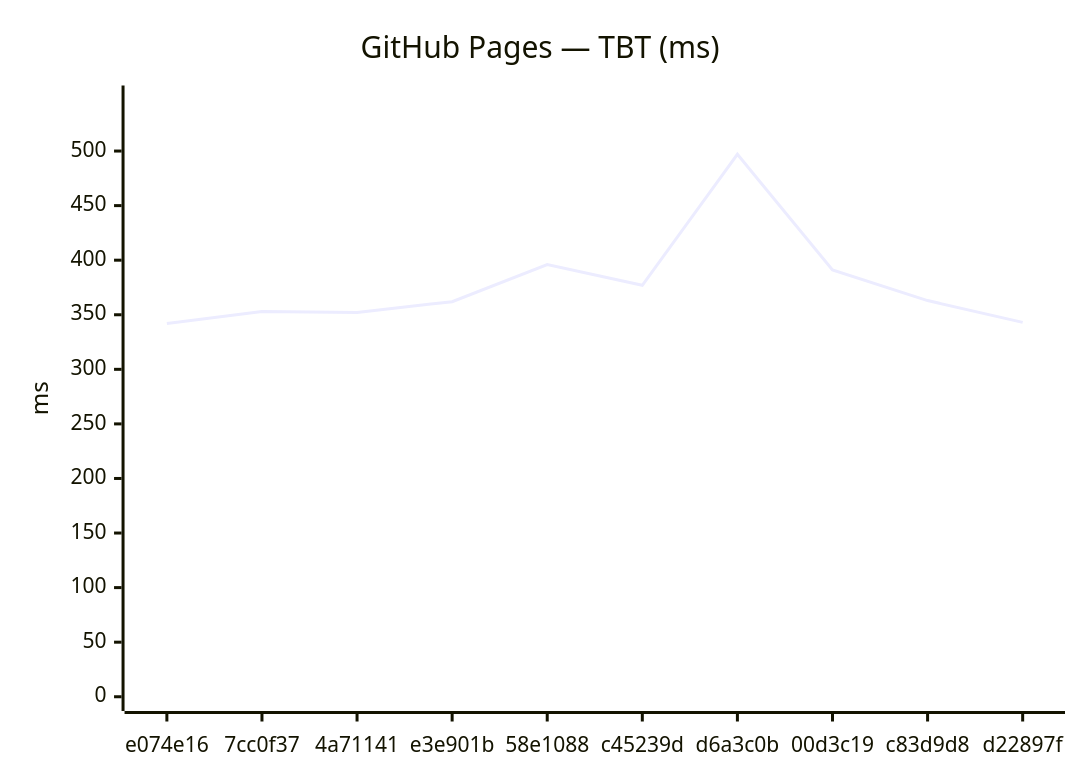
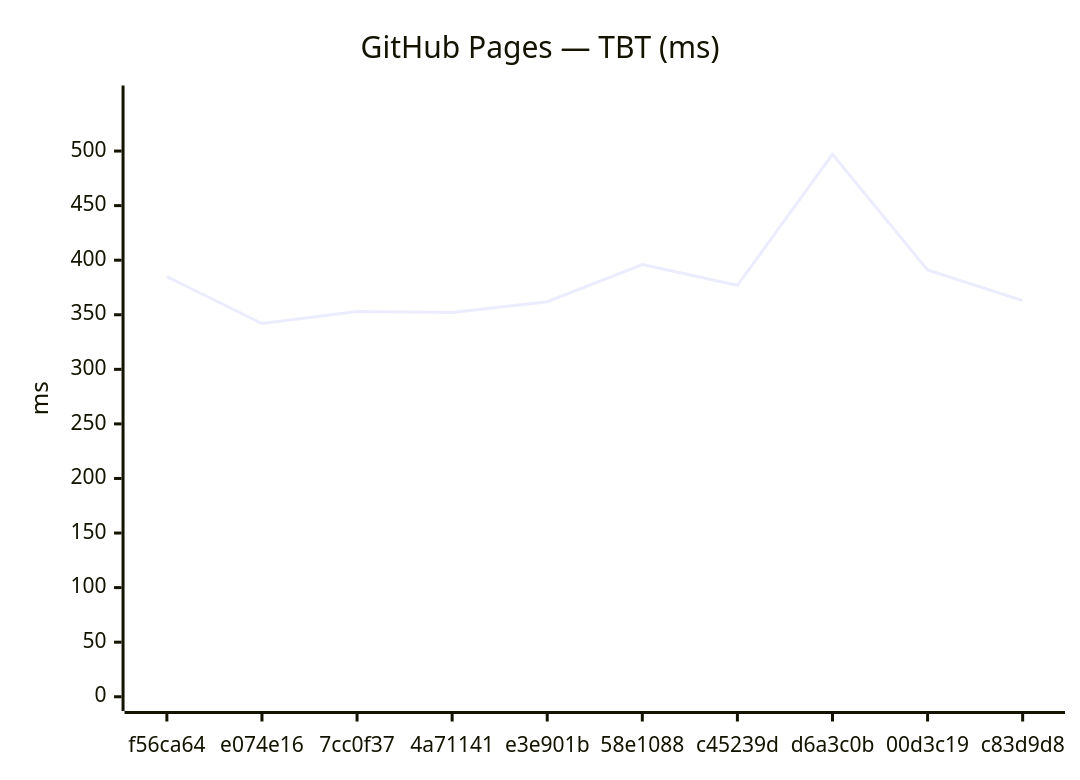
The fourth of 18 diagrams in benchmarks/compare.md (Metaheurist/Rianell), drawn with Mermaid before and after one commit. The commit also changed other lines of this file and 11 other files, not shown here.

````diff
--- a/benchmarks/compare.md
+++ b/benchmarks/compare.md
@@ -61,7 +61,7 @@
 ```mermaid
 xychart-beta
     title "GitHub Pages — TBT (ms)"
-    x-axis ["e074e16", "7cc0f37", "4a71141", "e3e901b", "58e1088", "c45239d", "d6a3c0b", "00d3c19", "c83d9d8", "d22897f"]
+    x-axis ["f56ca64", "e074e16", "7cc0f37", "4a71141", "e3e901b", "58e1088", "c45239d", "d6a3c0b", "00d3c19", "c83d9d8"]
     y-axis "ms" 0 --> 547
-    line [342, 353, 352, 362, 396, 377, 497, 391, 363, 343]
+    line [385, 342, 353, 352, 362, 396, 377, 497, 391, 363]
 ```
````
